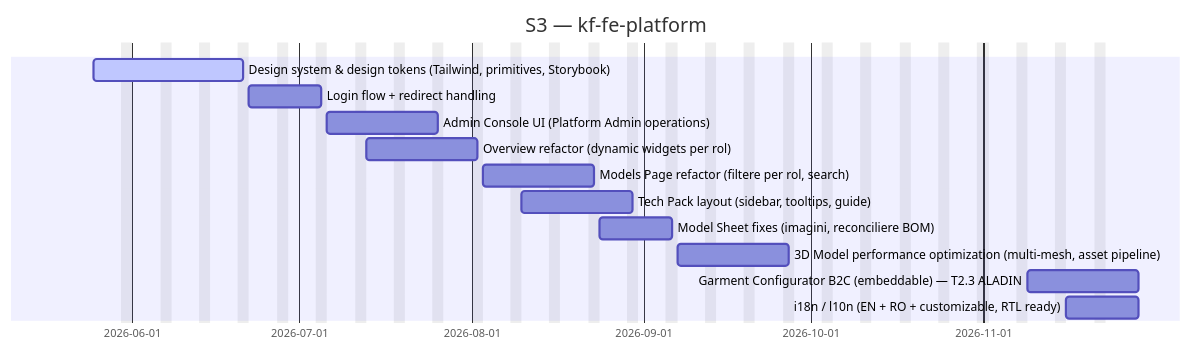
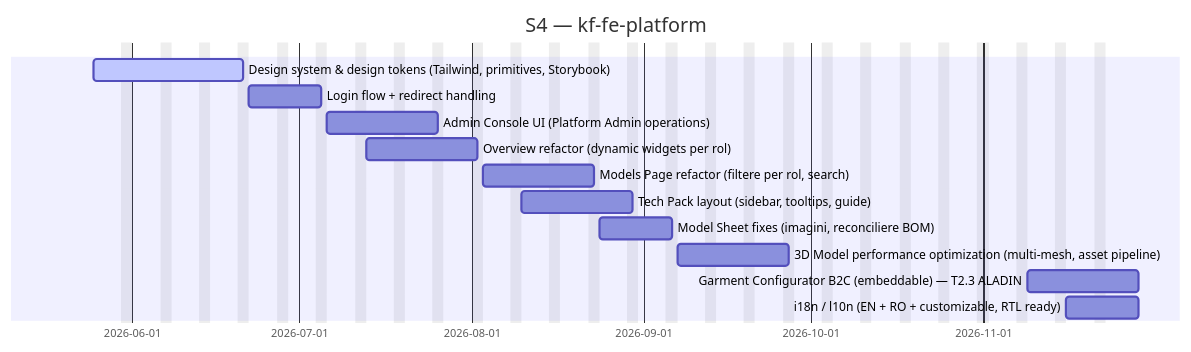
Before and after one commit to Katty-Fashion/kf-cpto: the second of 3 diagrams in docs/_projects/kf-fe-platform.md, drawn with Mermaid. The commit also changed other lines of this file and 11 other files, not shown here.

````diff
--- a/docs/_projects/kf-fe-platform.md
+++ b/docs/_projects/kf-fe-platform.md
@@ -78,17 +78,17 @@
 ```mermaid
 gantt
-    title S3 — kf-fe-platform
+    title S4 — kf-fe-platform
     dateFormat YYYY-MM-DD
     excludes weekends
 
     Design system & design tokens (Tailwind, primitives, Storybook) :active, 2026-05-25, 2026-06-21
     Login flow + redirect handling :2026-06-22, 2026-07-05
     Admin Console UI (Platform Admin operations) :2026-07-06, 2026-07-26
     Overview refactor (dynamic widgets per rol) :2026-07-13, 2026-08-02
     Models Page refactor (filtere per rol, search) :2026-08-03, 2026-08-23
     Tech Pack layout (sidebar, tooltips, guide) :2026-08-10, 2026-08-30
     Model Sheet fixes (imagini, reconciliere BOM) :2026-08-24, 2026-09-06
     3D Model performance optimization (multi-mesh, asset pipeline) :2026-09-07, 2026-09-27
     Garment Configurator B2C (embeddable) — T2.3 ALADIN :2026-11-09, 2026-11-29
     i18n / l10n (EN + RO + customizable, RTL ready) :2026-11-16, 2026-11-29
 ```
````
